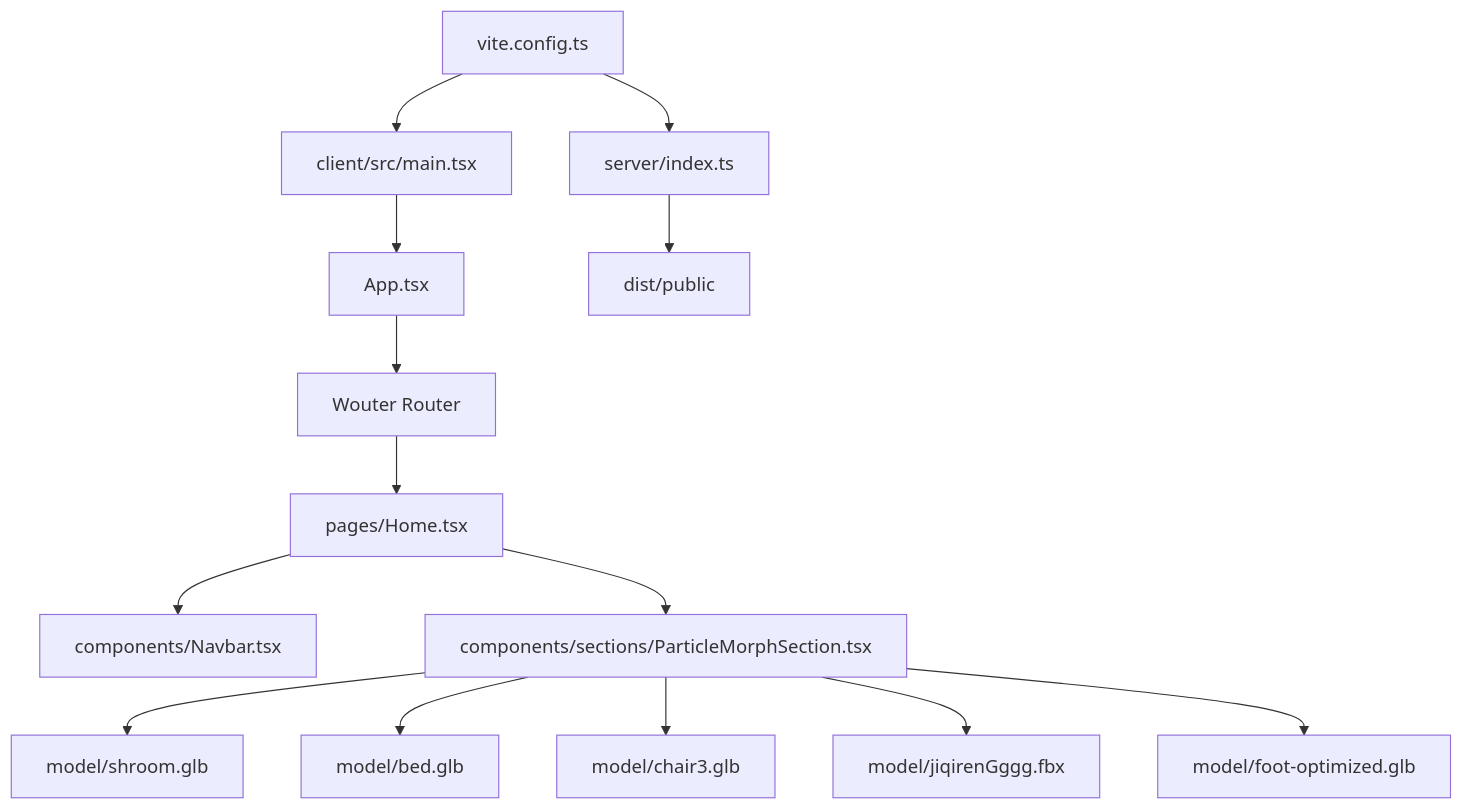
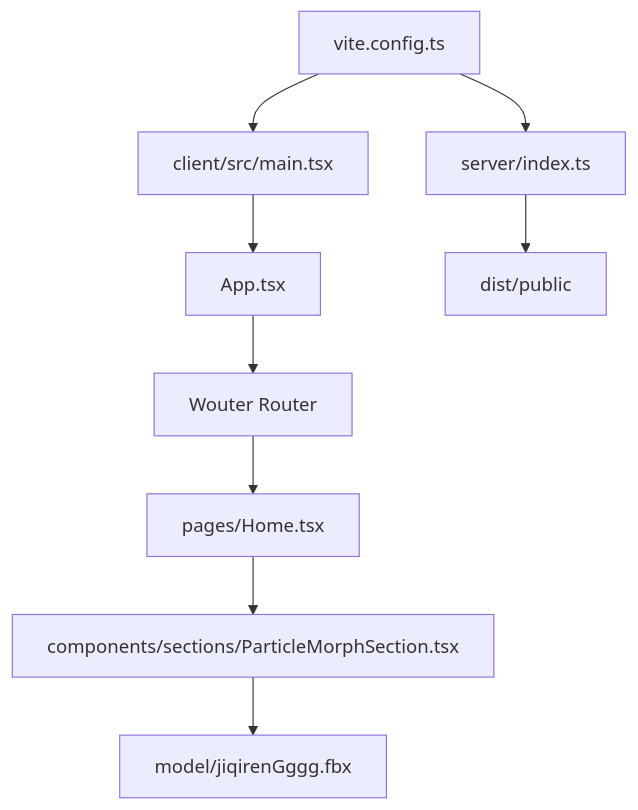
One commit to liudada118/shroomweb changed the diagram in ARCHITECTURE.md. Above: the diagram before and after it, drawn with Mermaid. The commit also changed other lines of this file and 2 other files, not shown here.

````diff
--- a/ARCHITECTURE.md
+++ b/ARCHITECTURE.md
@@ -66,16 +66,11 @@
 ```mermaid
 graph TD
   A[client/src/main.tsx] --> B[App.tsx]
   B --> C[Wouter Router]
   C --> D[pages/Home.tsx]
-  D --> E[components/Navbar.tsx]
   D --> M[components/sections/ParticleMorphSection.tsx]
-  M --> N[model/shroom.glb]
-  M --> O[model/bed.glb]
-  M --> P[model/chair3.glb]
   M --> Q[model/jiqirenGggg.fbx]
-  M --> R[model/foot-optimized.glb]
   J[server/index.ts] --> K[dist/public]
   L[vite.config.ts] --> A
   L --> J
 ```
````
